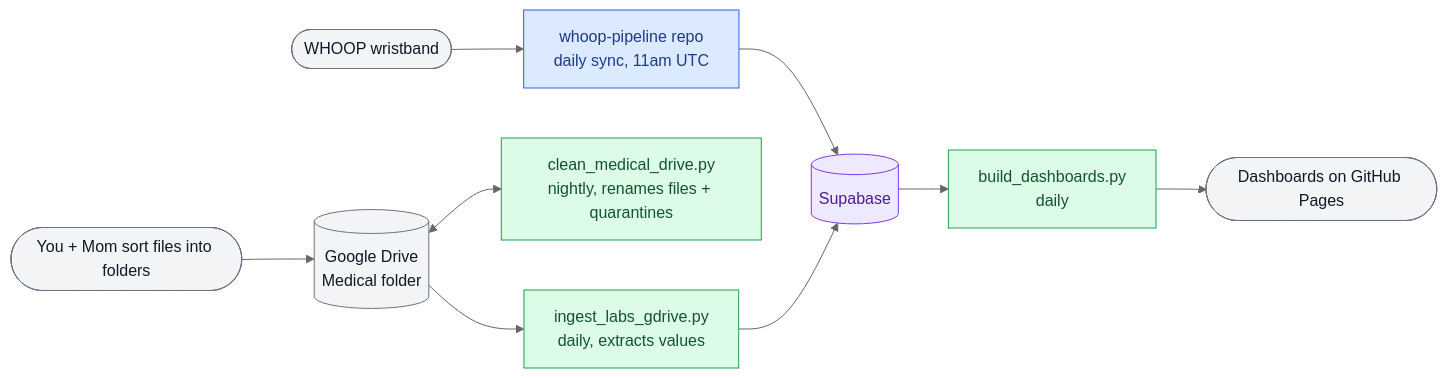
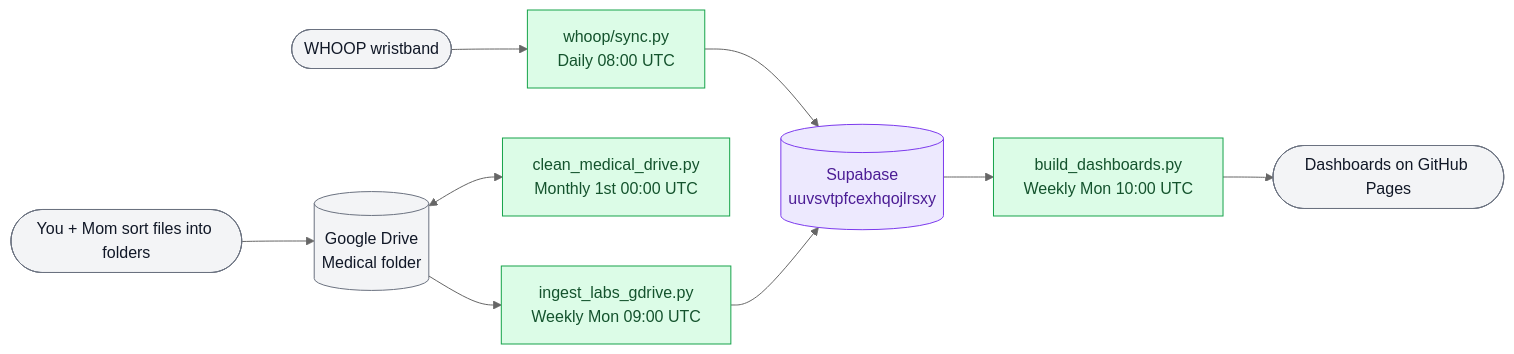
One commit to fernandomartinez-de/personal changed the diagram in health/medical/README.md. Above: the diagram before and after it, drawn with Mermaid (neutral theme). The commit also changed other lines of this file and 3 other files, not shown here.

````diff
--- a/health/medical/README.md
+++ b/health/medical/README.md
@@ -9,23 +9,21 @@
 ```mermaid
 flowchart LR
-    W(["WHOOP wristband"]) --> WP["whoop-pipeline repo<br/>daily sync, 11am UTC"]
-    WP --> DB[("Supabase")]
+    W(["WHOOP wristband"]) --> WS["whoop/sync.py<br/>Daily 08:00 UTC"]
+    WS --> DB[("Supabase<br/>uuvsvtpfcexhqojlrsxy")]
 
     U(["You + Mom sort files into folders"]) --> GD[("Google Drive<br/>Medical folder")]
-    GD <--> CL["clean_medical_drive.py<br/>nightly, renames files + quarantines"]
-    GD --> IN["ingest_labs_gdrive.py<br/>daily, extracts values"]
+    GD <--> CL["clean_medical_drive.py<br/>Monthly 1st 00:00 UTC"]
+    GD --> IN["ingest_labs_gdrive.py<br/>Weekly Mon 09:00 UTC"]
     IN --> DB
 
-    DB --> BD["build_dashboards.py<br/>daily"]
+    DB --> BD["build_dashboards.py<br/>Weekly Mon 10:00 UTC"]
     BD --> OUT(["Dashboards on GitHub Pages"])
 
-    classDef repo fill:#dbeafe,stroke:#2563eb,color:#1e3a8a;
     classDef thisrepo fill:#dcfce7,stroke:#16a34a,color:#14532d;
     classDef db fill:#ede9fe,stroke:#7c3aed,color:#4c1d95;
     classDef ext fill:#f3f4f6,stroke:#6b7280,color:#111827;
 
-    class WP repo;
-    class CL,IN,BD thisrepo;
+    class WS,CL,IN,BD thisrepo;
     class DB db;
     class W,U,OUT,GD ext;
 ```
````
